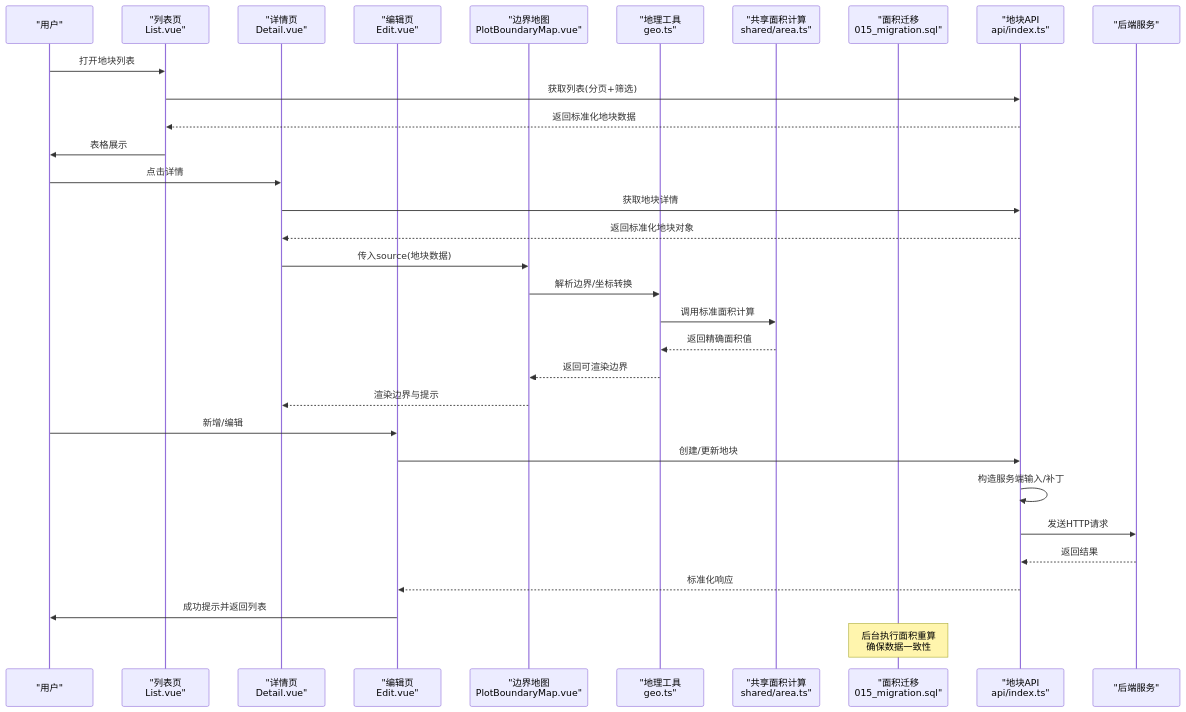
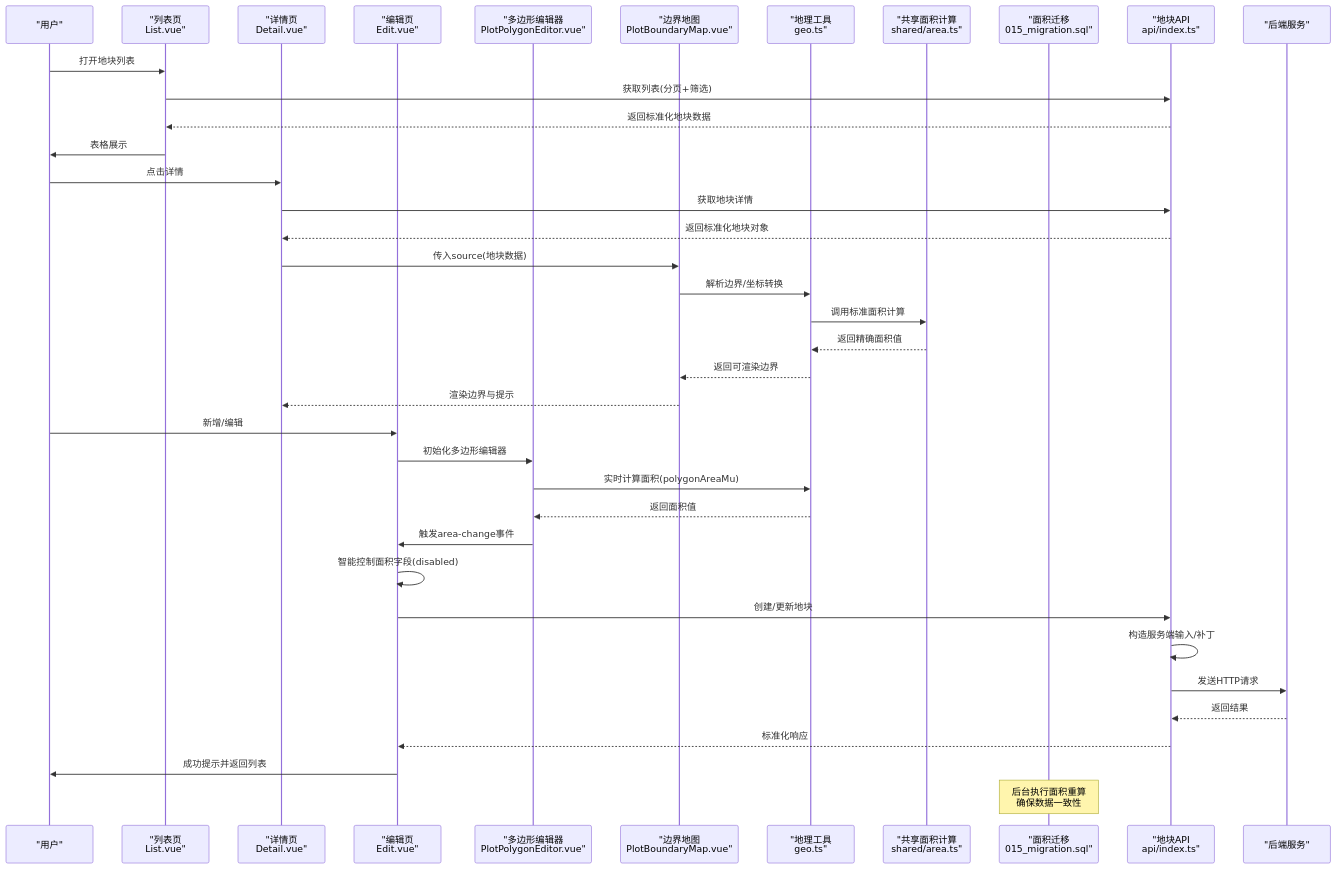
The second of 11 diagrams in .qoder/repowiki/zh/content/前端应用文档/核心页面/地块管理页面/地块管理页面.md (q446328246/agri-platform), drawn with Mermaid before and after one commit. The commit also changed other lines of this file and 52 other files, not shown here.

````diff
--- a/.qoder/repowiki/zh/content/前端应用文档/核心页面/地块管理页面/地块管理页面.md
+++ b/.qoder/repowiki/zh/content/前端应用文档/核心页面/地块管理页面/地块管理页面.md
@@ -148,34 +159,40 @@
 ```mermaid
 sequenceDiagram
 participant User as "用户"
 participant List as "列表页<br/>List.vue"
 participant Detail as "详情页<br/>Detail.vue"
 participant Edit as "编辑页<br/>Edit.vue"
+participant PolygonEditor as "多边形编辑器<br/>PlotPolygonEditor.vue"
 participant Map as "边界地图<br/>PlotBoundaryMap.vue"
 participant Utils as "地理工具<br/>geo.ts"
 participant Shared as "共享面积计算<br/>shared/area.ts"
 participant Migration as "面积迁移<br/>015_migration.sql"
 participant Api as "地块API<br/>api/index.ts"
 participant Server as "后端服务"
 User->>List : 打开地块列表
 List->>Api : 获取列表(分页+筛选)
 Api-->>List : 返回标准化地块数据
 List->>User : 表格展示
 User->>Detail : 点击详情
 Detail->>Api : 获取地块详情
 Api-->>Detail : 返回标准化地块对象
 Detail->>Map : 传入source(地块数据)
 Map->>Utils : 解析边界/坐标转换
 Utils->>Shared : 调用标准面积计算
 Shared-->>Utils : 返回精确面积值
 Utils-->>Map : 返回可渲染边界
 Map-->>Detail : 渲染边界与提示
 User->>Edit : 新增/编辑
+Edit->>PolygonEditor : 初始化多边形编辑器
+PolygonEditor->>Utils : 实时计算面积(polygonAreaMu)
+Utils-->>PolygonEditor : 返回面积值
+PolygonEditor->>Edit : 触发area-change事件
+Edit->>Edit : 智能控制面积字段(disabled)
 Edit->>Api : 创建/更新地块
 Api->>Api : 构造服务端输入/补丁
 Api->>Server : 发送HTTP请求
 Server-->>Api : 返回结果
 Api-->>Edit : 标准化响应
 Edit->>User : 成功提示并返回列表
 Note over Migration : 后台执行面积重算<br/>确保数据一致性
 ```
````
